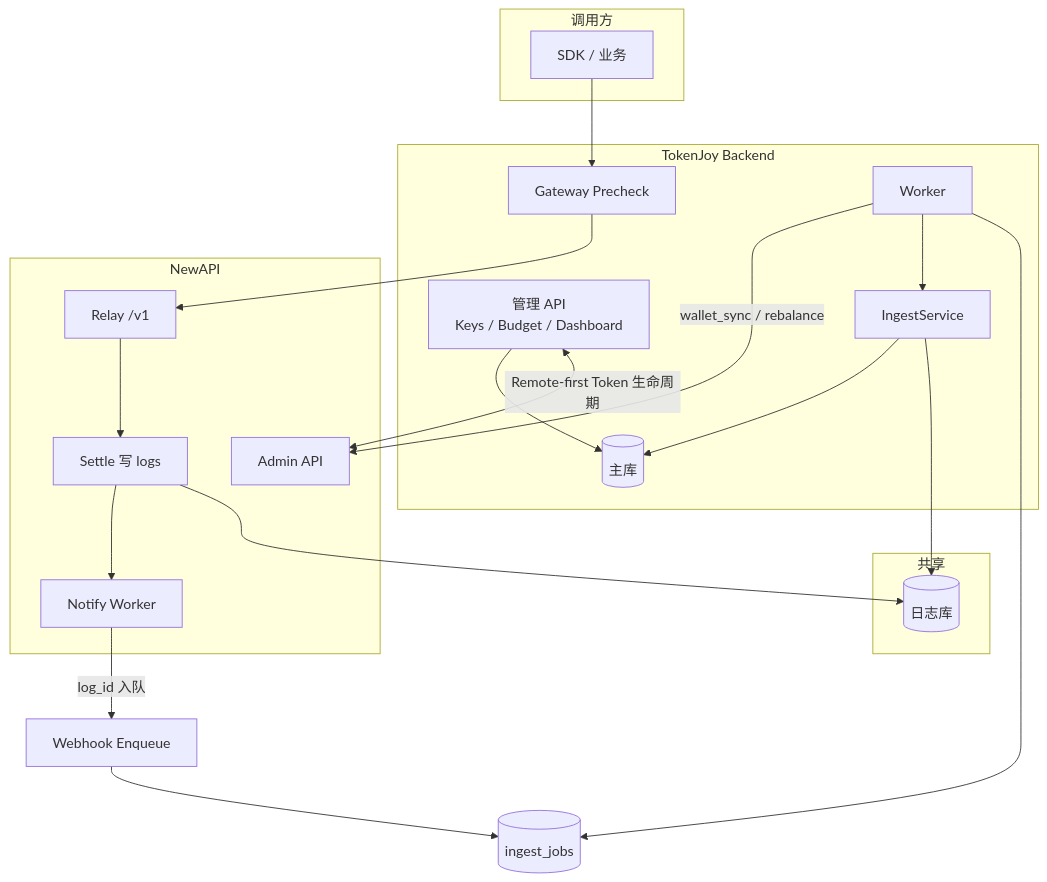
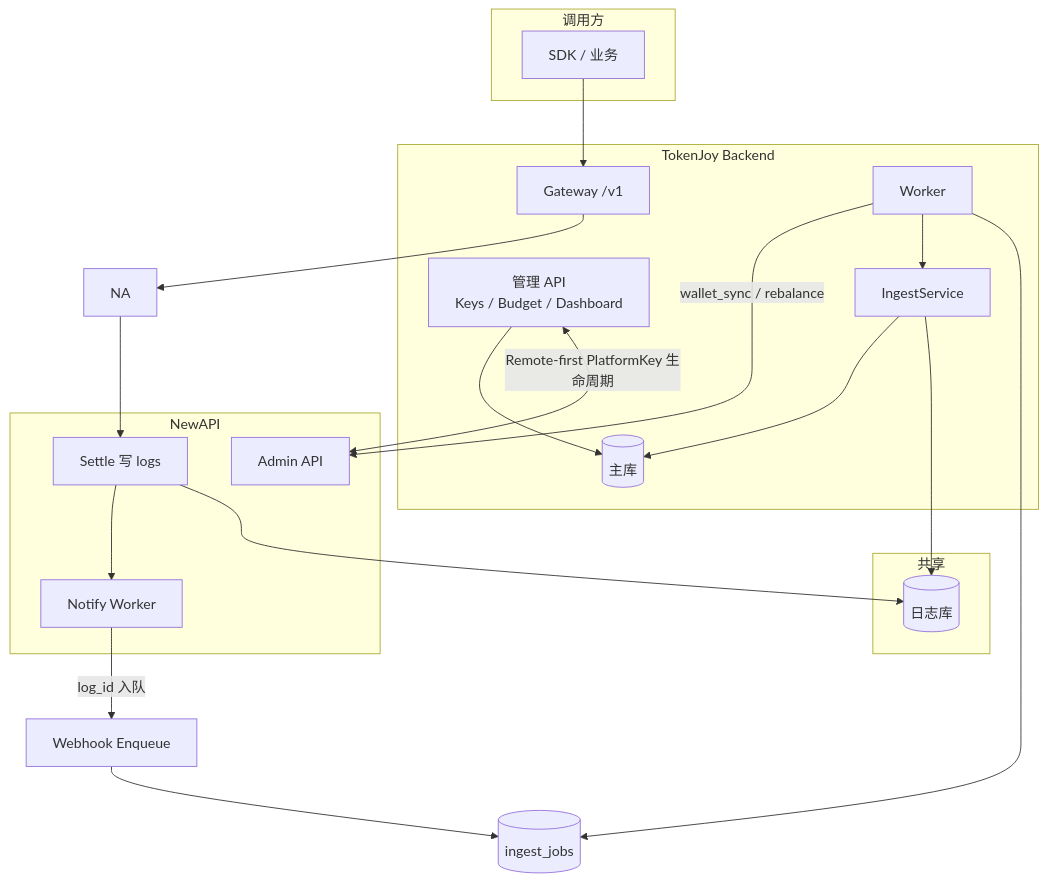
Before and after one commit to quyip8818/mytokenjoy: the eighth of 8 diagrams in docs/Backend-Ingest架构.md, drawn with Mermaid. The commit also changed other lines of this file and 169 other files, not shown here.

````diff
--- a/docs/Backend-Ingest架构.md
+++ b/docs/Backend-Ingest架构.md
@@ -343,36 +343,36 @@
 ```mermaid
 flowchart TB
   subgraph callers [调用方]
     SDK[SDK / 业务]
   end
 
   subgraph tokenjoy [TokenJoy Backend]
     API[管理 API<br/>Keys / Budget / Dashboard]
     GW[Gateway Precheck]
     ING[IngestService]
     WK[Worker]
     MAIN[(主库)]
   end
 
   subgraph newapi [NewAPI]
     ADM[Admin API]
-    RELAY[Relay /v1]
+    GW[Gateway /v1]
     SETTLE[Settle 写 logs]
     NOTIFY[Notify Worker]
   end
 
   subgraph shared [共享]
     LOGS[(日志库)]
   end
 
-  API <-->|Remote-first Token 生命周期| ADM
-  SDK --> GW --> RELAY --> SETTLE --> LOGS
+  API <-->|Remote-first PlatformKey 生命周期| ADM
+  SDK --> GW --> NA --> SETTLE --> LOGS
   SETTLE --> NOTIFY -->|log_id 入队| WH[Webhook Enqueue]
   WH --> Q[(ingest_jobs)]
   WK --> Q
   WK --> ING
   ING --> LOGS
   ING --> MAIN
   WK -->|wallet_sync / rebalance| ADM
   API --> MAIN
 ```
````
